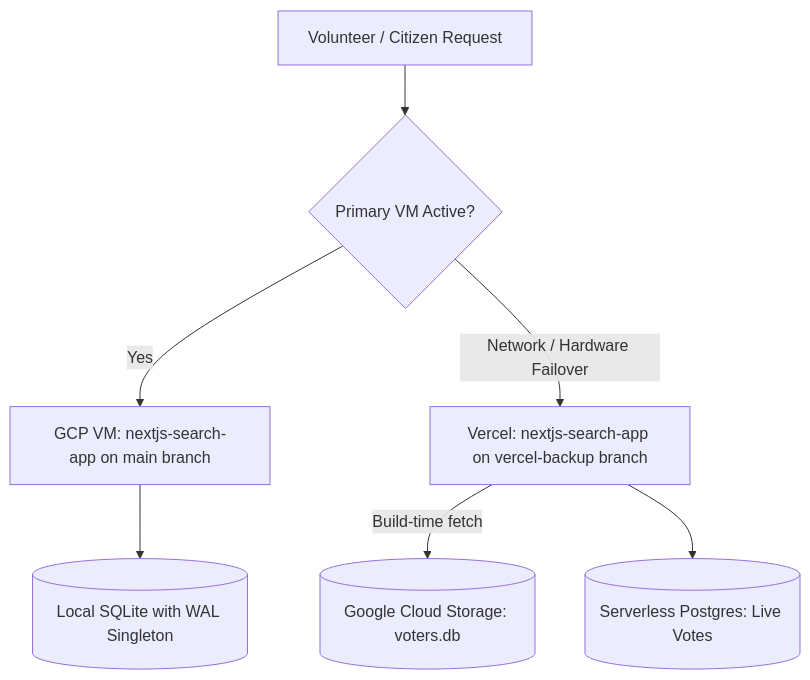
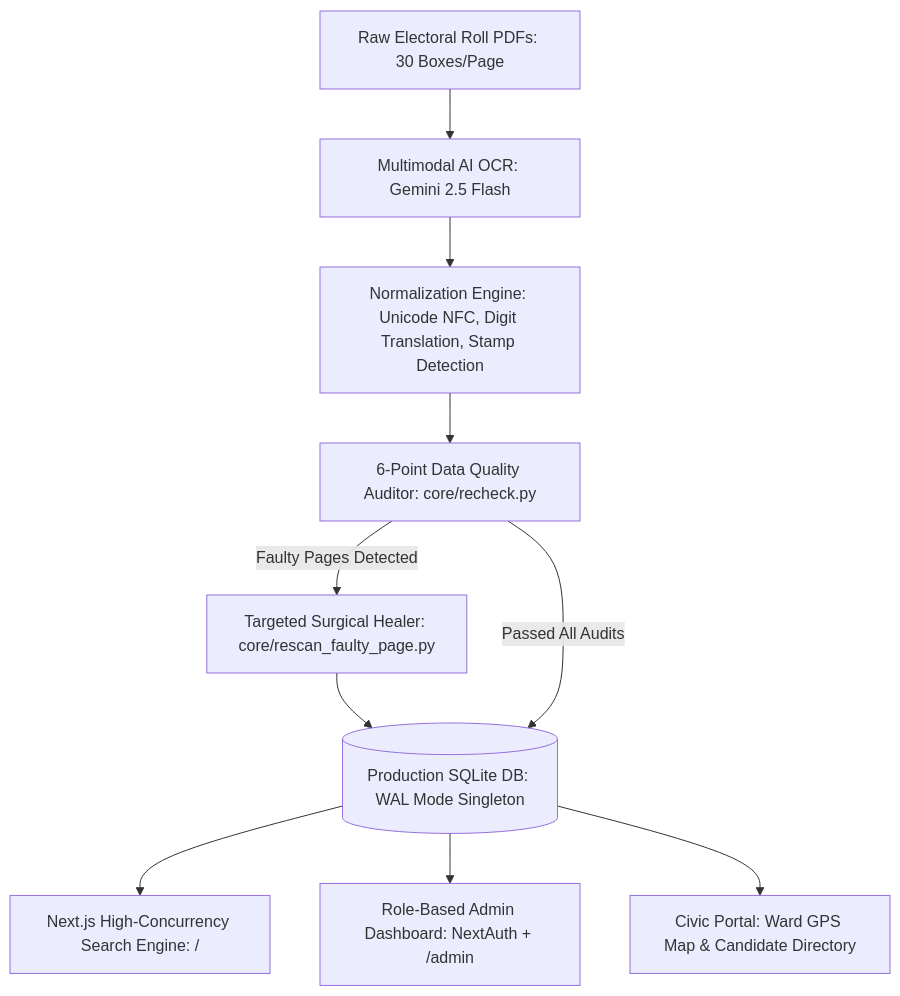
One commit to Shubhamagarwal2073/voter-search-app changed the diagram in README.md. Above: the diagram before and after it, drawn with Mermaid. The commit also changed other lines of this file and 1 other file, not shown here.

Commit message:
docs: initialize standalone open-source release with zero-to-production guide

````diff
--- a/README.md
+++ b/README.md
@@ -32,10 +28,13 @@
 ```mermaid
 graph TD
-    A[Volunteer / Citizen Request] --> B{Primary VM Active?}
-    B -->|Yes| C[GCP VM: nextjs-search-app on main branch]
-    B -->|Network / Hardware Failover| D[Vercel: nextjs-search-app on vercel-backup branch]
+    A[Raw Electoral Roll PDFs: 30 Boxes/Page] --> B[Multimodal AI OCR: Gemini 2.5 Flash]
+    B --> C[Normalization Engine: Unicode NFC, Digit Translation, Stamp Detection]
+    C --> D[6-Point Data Quality Auditor: core/recheck.py]
+    D -->|Faulty Pages Detected| E[Targeted Surgical Healer: core/rescan_faulty_page.py]
+    E --> F[(Production SQLite DB: WAL Mode Singleton)]
+    D -->|Passed All Audits| F
     
-    C --> E[(Local SQLite with WAL Singleton)]
-    D -->|Build-time fetch| G[(Google Cloud Storage: voters.db)]
-    D --> F[(Serverless Postgres: Live Votes)]
+    F --> G[Next.js High-Concurrency Search Engine: /]
+    F --> H[Role-Based Admin Dashboard: NextAuth + /admin]
+    F --> I[Civic Portal: Ward GPS Map & Candidate Directory]
 ```
````
